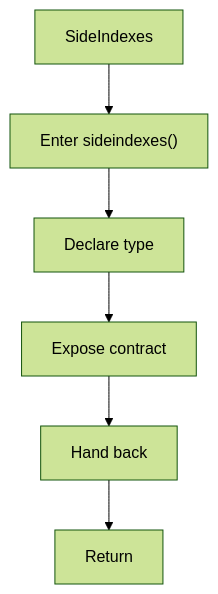
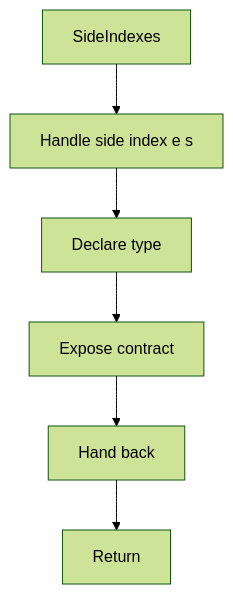
The diagram in docs/Codebase/Microservice/Modules/Header/SyntacticBrokenAST/HashingMechanism/HashLinks/Internal/Flow/functions/sideindexes.hpp.md (JohnAndrewBalbarosa/NeoTerritory), drawn with Mermaid (forest theme) before and after one commit. The commit also changed other lines of this file and 915 other files, not shown here.

````diff
--- a/docs/Codebase/Microservice/Modules/Header/SyntacticBrokenAST/HashingMechanism/HashLinks/Internal/Flow/functions/sideindexes.hpp.md
+++ b/docs/Codebase/Microservice/Modules/Header/SyntacticBrokenAST/HashingMechanism/HashLinks/Internal/Flow/functions/sideindexes.hpp.md
@@ -16,14 +16,14 @@
 ```mermaid
 flowchart TD
     Start["SideIndexes"]
-    N0["Enter sideindexes()"]
+    N0["Handle side index e s"]
     N1["Declare type"]
     N2["Expose contract"]
     N3["Hand back"]
     End["Return"]
     Start --> N0
     N0 --> N1
     N1 --> N2
     N2 --> N3
     N3 --> End
 ```
````
